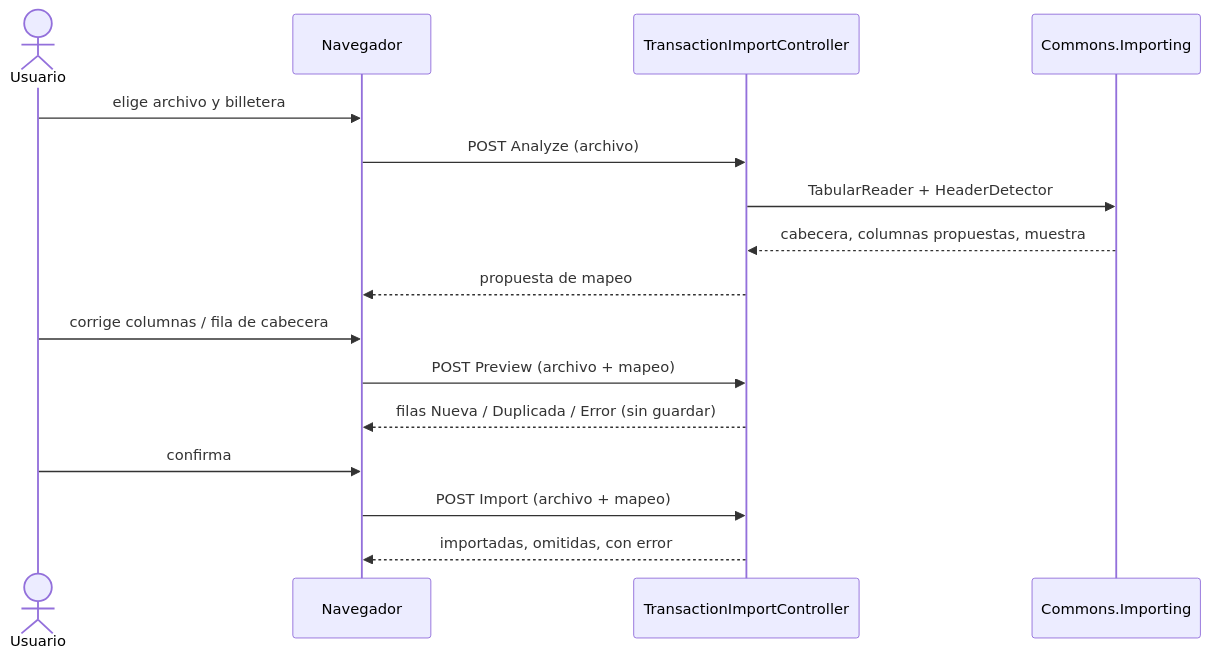
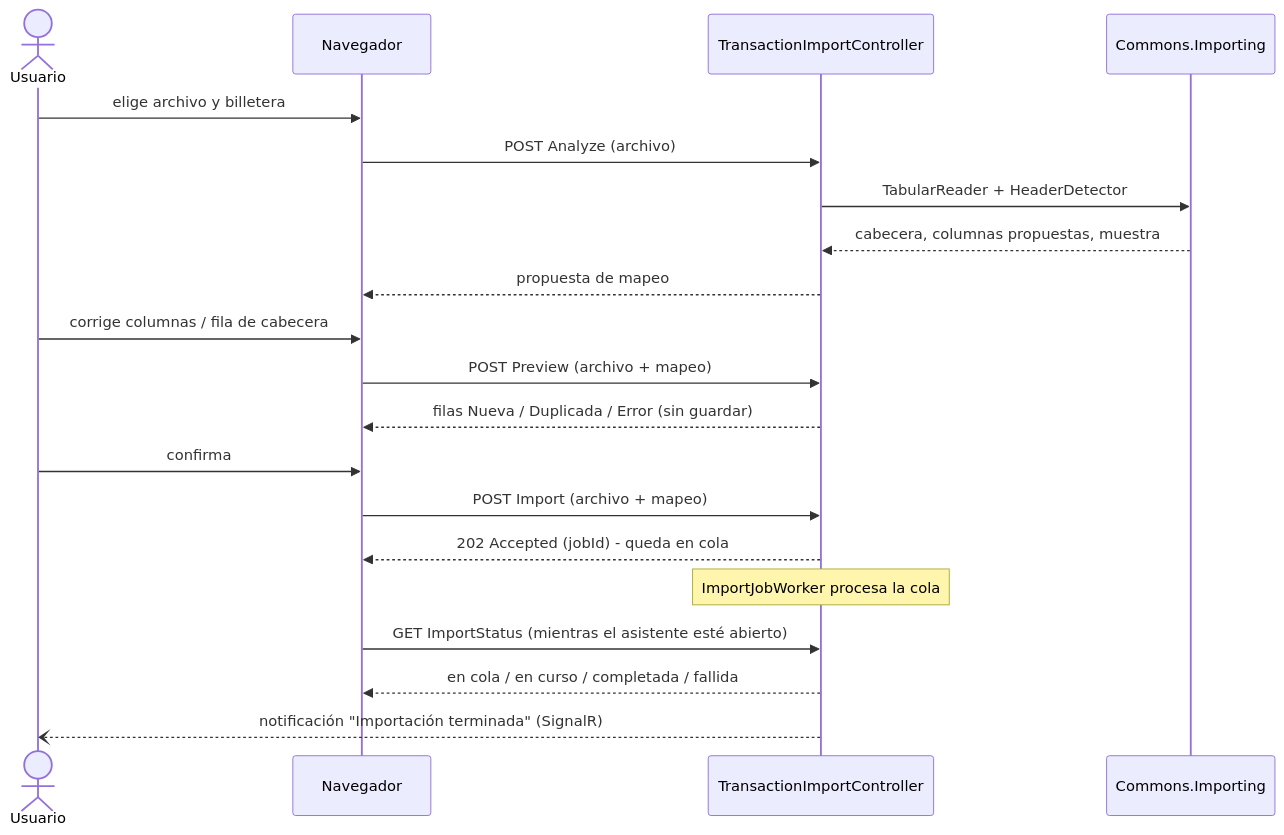
One commit to corebound-labs/docs changed the diagram in ecotrack/importing-transactions.md. Above: the diagram before and after it, drawn with Mermaid. The commit also changed other lines of this file and 8 other files, not shown here.

````diff
--- a/ecotrack/importing-transactions.md
+++ b/ecotrack/importing-transactions.md
@@ -23,18 +23,22 @@
 ```mermaid
 sequenceDiagram
     actor U as Usuario
     participant B as Navegador
     participant C as TransactionImportController
     participant L as Commons.Importing
     U->>B: elige archivo y billetera
     B->>C: POST Analyze (archivo)
     C->>L: TabularReader + HeaderDetector
     L-->>C: cabecera, columnas propuestas, muestra
     C-->>B: propuesta de mapeo
     U->>B: corrige columnas / fila de cabecera
     B->>C: POST Preview (archivo + mapeo)
     C-->>B: filas Nueva / Duplicada / Error (sin guardar)
     U->>B: confirma
     B->>C: POST Import (archivo + mapeo)
-    C-->>B: importadas, omitidas, con error
+    C-->>B: 202 Accepted (jobId) - queda en cola
+    Note over C: ImportJobWorker procesa la cola
+    B->>C: GET ImportStatus (mientras el asistente esté abierto)
+    C-->>B: en cola / en curso / completada / fallida
+    C--)U: notificación "Importación terminada" (SignalR)
 ```
````
